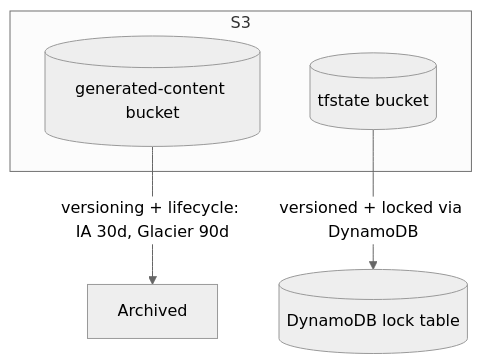
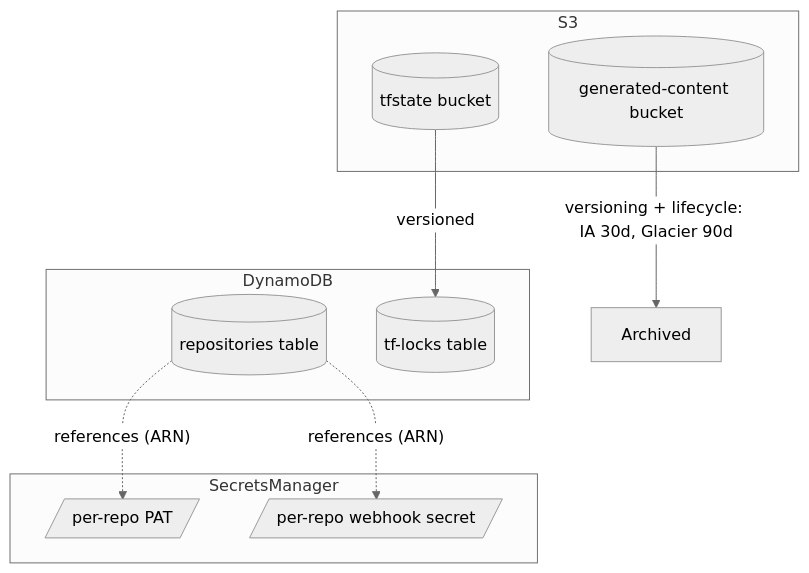
Before and after one commit to teddynted/ai-github-repository-blog-generator: the sixth of 6 diagrams in docs/architecture.md, drawn with Mermaid (neutral theme). The commit also changed other lines of this file and 10 other files, not shown here.

````diff
--- a/docs/architecture.md
+++ b/docs/architecture.md
@@ -187,9 +188,19 @@
 ```mermaid
 flowchart TB
     subgraph S3
         GC[(generated-content bucket)]
         STATE[(tfstate bucket)]
     end
+    subgraph DynamoDB
+        REPOS[(repositories table)]
+        LOCK[(tf-locks table)]
+    end
+    subgraph SecretsManager
+        PAT[/per-repo PAT/]
+        WHS[/per-repo webhook secret/]
+    end
     GC -->|versioning + lifecycle: IA 30d, Glacier 90d| ARCH[Archived]
-    STATE -->|versioned + locked via DynamoDB| LOCK[(DynamoDB lock table)]
+    STATE -->|versioned| LOCK
+    REPOS -. references (ARN) .-> PAT
+    REPOS -. references (ARN) .-> WHS
 ```
````
